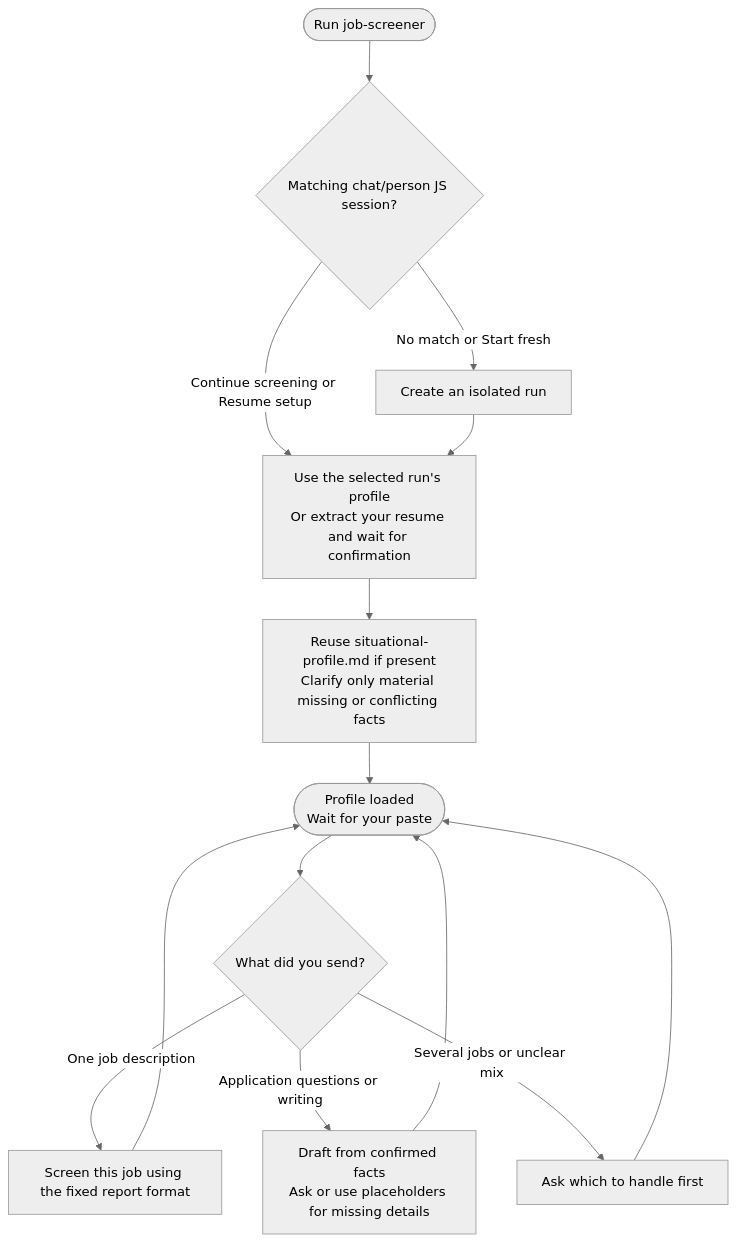
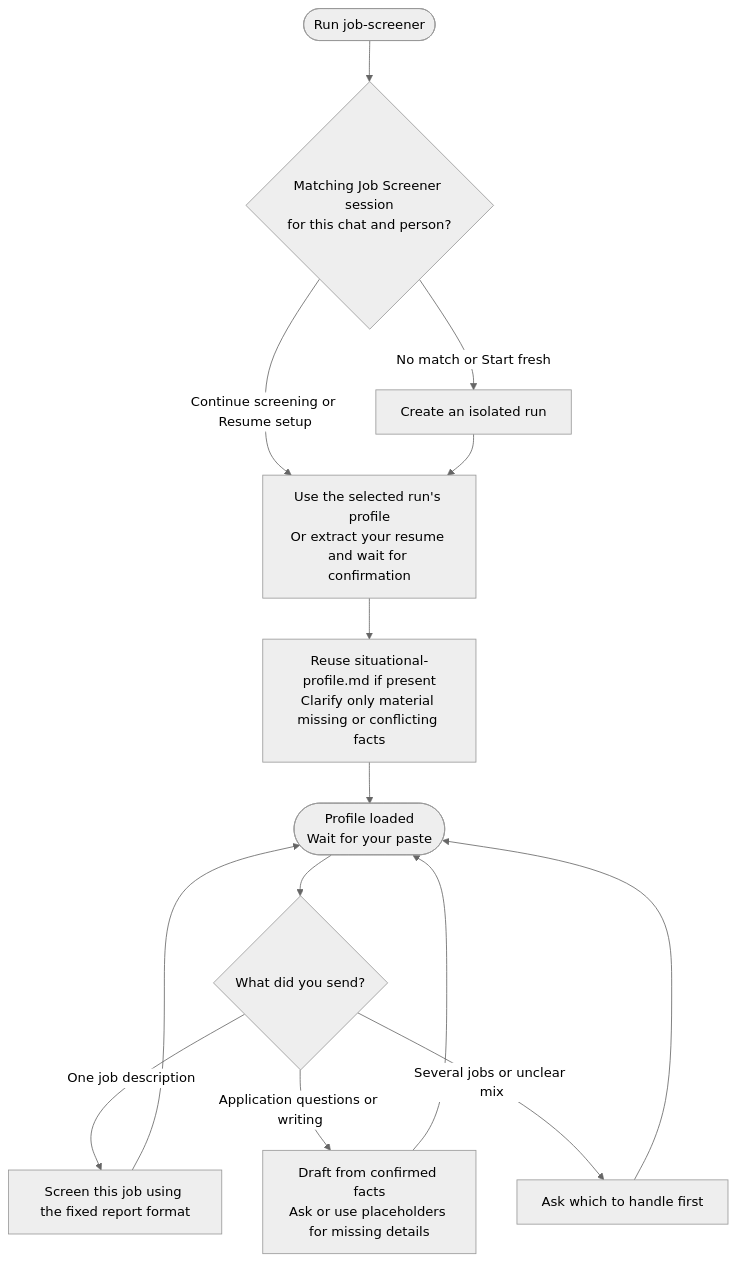
Before and after one commit to myowinthein/agent-compass: the diagram in docs/commands/job-screener/detailed.md, drawn with Mermaid (neutral theme). The commit also changed 5 other files, not shown here.

````diff
--- a/docs/commands/job-screener/detailed.md
+++ b/docs/commands/job-screener/detailed.md
@@ -22,16 +22,16 @@
 ```mermaid
 flowchart TD
-  Start(["Run job-screener"]) --> Run{"Matching chat/person JS session?"}
+  Start(["Run job-screener"]) --> Run{"Matching Job Screener session<br/>for this chat and person?"}
   Run -->|Continue screening or Resume setup| Profile["Use the selected run's profile<br/>Or extract your resume and wait for confirmation"]
   Run -->|No match or Start fresh| New["Create an isolated run"]
   New --> Profile
   Profile --> Context["Reuse situational-profile.md if present<br/>Clarify only material missing or conflicting facts"]
   Context --> Wait(["Profile loaded<br/>Wait for your paste"])
   Wait --> Kind{"What did you send?"}
   Kind -->|One job description| Screen["Screen this job using the fixed report format"]
   Kind -->|Application questions or writing| Draft["Draft from confirmed facts<br/>Ask or use placeholders for missing details"]
   Kind -->|Several jobs or unclear mix| Ask["Ask which to handle first"]
   Screen --> Wait
   Draft --> Wait
   Ask --> Wait
 ```
````
